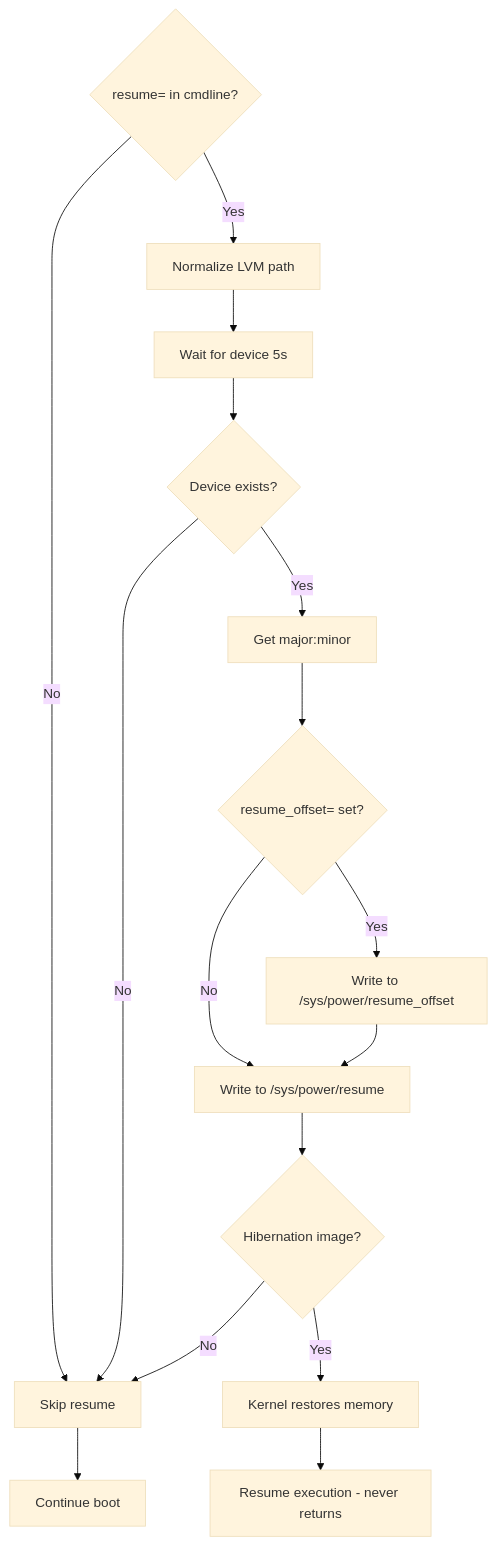
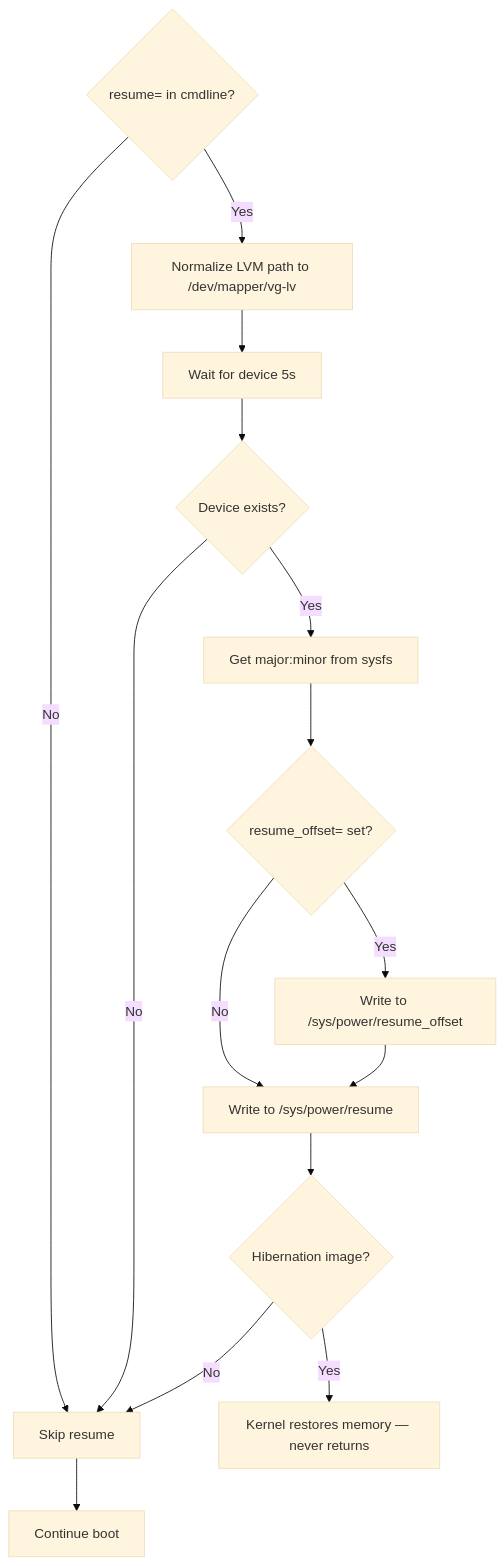
One commit to zaolin/vanguard changed the seventh of 11 diagrams in docs/boot-flow.md. Above: the diagram before and after it, drawn with Mermaid (base theme). The commit also changed other lines of this file and 3 other files, not shown here.

````diff
--- a/docs/boot-flow.md
+++ b/docs/boot-flow.md
@@ -196,18 +193,17 @@
 ```mermaid
 flowchart TD
     A{resume= in cmdline?} -->|No| B[Skip resume]
-    A -->|Yes| C[Normalize LVM path]
+    A -->|Yes| C[Normalize LVM path to /dev/mapper/vg-lv]
     C --> D[Wait for device 5s]
     D --> E{Device exists?}
     E -->|No| B
-    E -->|Yes| F[Get major:minor]
+    E -->|Yes| F[Get major:minor from sysfs]
     F --> G{resume_offset= set?}
     G -->|Yes| H[Write to /sys/power/resume_offset]
     G -->|No| I[Write to /sys/power/resume]
     H --> I
     I --> J{Hibernation image?}
-    J -->|Yes| K[Kernel restores memory]
-    K --> L[Resume execution - never returns]
+    J -->|Yes| K[Kernel restores memory — never returns]
     J -->|No| B
     B --> M[Continue boot]
 ```
````
